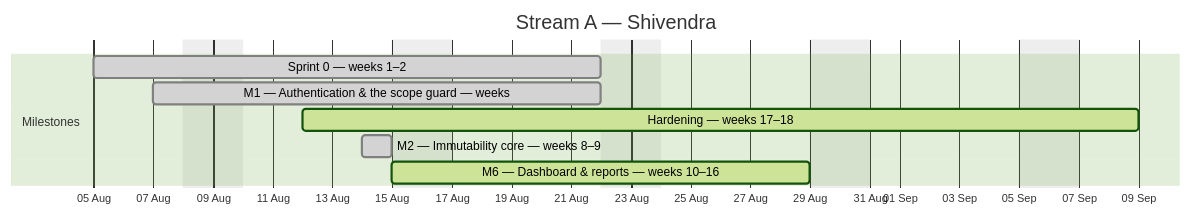
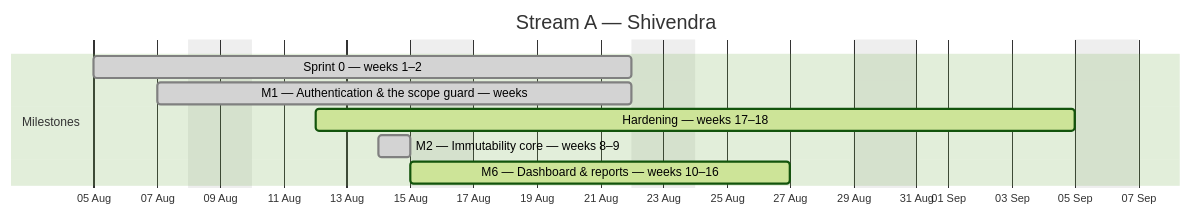
Before and after one commit to debashisedunext/EduTrack: the first of 4 diagrams in docs/plan/GANTT.md, drawn with Mermaid (forest theme). The commit also changed other lines of this file and 3 other files, not shown here.

````diff
--- a/docs/plan/GANTT.md
+++ b/docs/plan/GANTT.md
@@ -86,13 +86,13 @@
 ```mermaid
 gantt
     dateFormat YYYY-MM-DD
     axisFormat %d %b
     title Stream A — Shivendra
     excludes weekends
     section Milestones
     Sprint 0 — weeks 1–2 :done, a0, 2026-08-05, 13d
     M1 — Authentication & the scope guard — weeks :done, a1, 2026-08-07, 11d
-    Hardening — weeks 17–18 :active, a2, 2026-08-12, 20d
+    Hardening — weeks 17–18 :active, a2, 2026-08-12, 18d
     M2 — Immutability core — weeks 8–9 :done, a3, 2026-08-14, 1d
-    M6 — Dashboard & reports — weeks 10–16 :active, a4, 2026-08-15, 11d
+    M6 — Dashboard & reports — weeks 10–16 :active, a4, 2026-08-15, 9d
 ```
````
